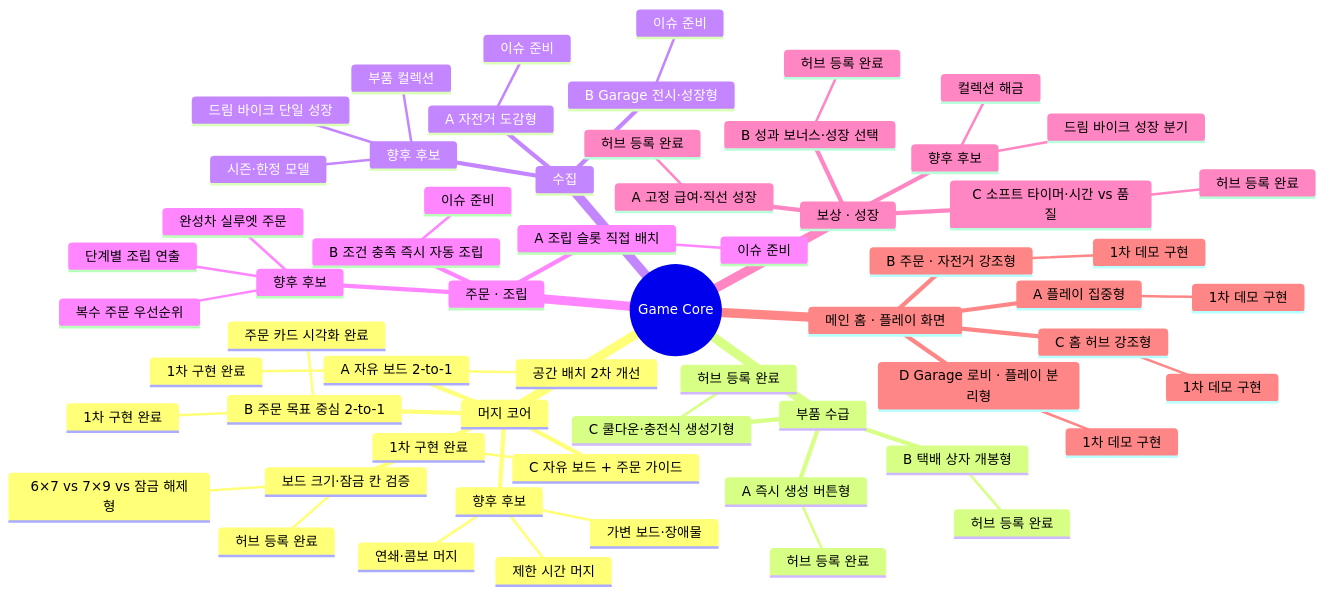
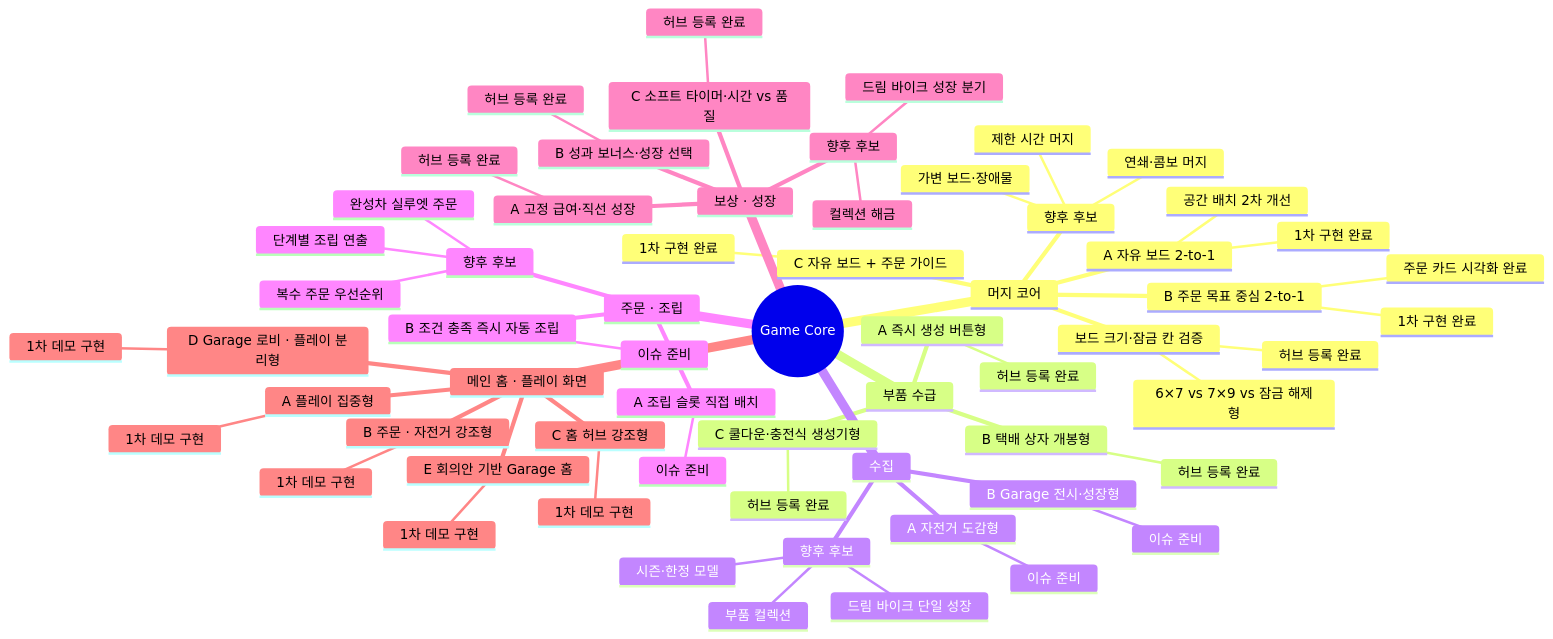
The second of 4 diagrams in docs/LAB_PROTOTYPE_MAP.md (aigemro/dream-bike-garage-lab), drawn with Mermaid before and after one commit. The commit also changed other lines of this file, not shown here.

Commit message:
프로토타입 지도에 메인 홈 E안 추가

````diff
--- a/docs/LAB_PROTOTYPE_MAP.md
+++ b/docs/LAB_PROTOTYPE_MAP.md
@@ -40,64 +40,66 @@
 ```mermaid
 mindmap
   root((Game Core))
     머지 코어
       A 자유 보드 2-to-1
         1차 구현 완료
         공간 배치 2차 개선
       B 주문 목표 중심 2-to-1
         1차 구현 완료
         주문 카드 시각화 완료
       C 자유 보드 + 주문 가이드
         1차 구현 완료
       보드 크기·잠금 칸 검증
         6×7 vs 7×9 vs 잠금 해제형
         허브 등록 완료
       향후 후보
         연쇄·콤보 머지
         제한 시간 머지
         가변 보드·장애물
     부품 수급
       A 즉시 생성 버튼형
         허브 등록 완료
       B 택배 상자 개봉형
         허브 등록 완료
       C 쿨다운·충전식 생성기형
         허브 등록 완료
     수집
       A 자전거 도감형
         이슈 준비
       B Garage 전시·성장형
         이슈 준비
       향후 후보
         드림 바이크 단일 성장
         부품 컬렉션
         시즌·한정 모델
     주문 · 조립
       A 조립 슬롯 직접 배치
         이슈 준비
       B 조건 충족 즉시 자동 조립
         이슈 준비
       향후 후보
         단계별 조립 연출
         완성차 실루엣 주문
         복수 주문 우선순위
     보상 · 성장
       A 고정 급여·직선 성장
         허브 등록 완료
       B 성과 보너스·성장 선택
         허브 등록 완료
       C 소프트 타이머·시간 vs 품질
         허브 등록 완료
       향후 후보
         컬렉션 해금
         드림 바이크 성장 분기
     메인 홈 · 플레이 화면
       A 플레이 집중형
         1차 데모 구현
       B 주문 · 자전거 강조형
         1차 데모 구현
       C 홈 허브 강조형
         1차 데모 구현
       D Garage 로비 · 플레이 분리형
         1차 데모 구현
+      E 회의안 기반 Garage 홈
+        1차 데모 구현
 ```
````
